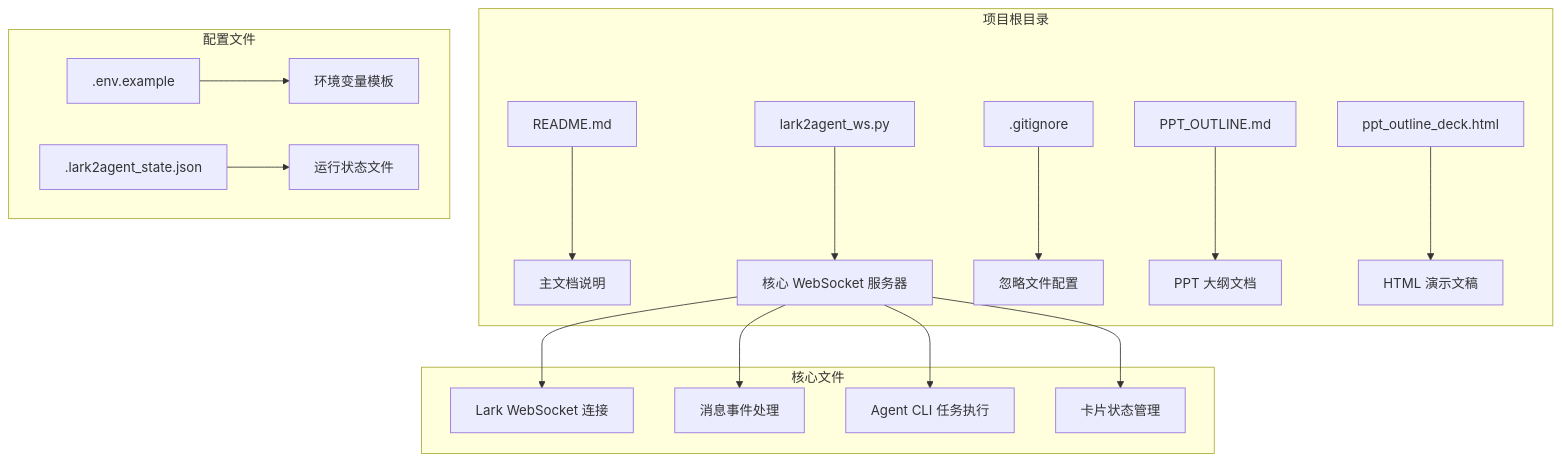
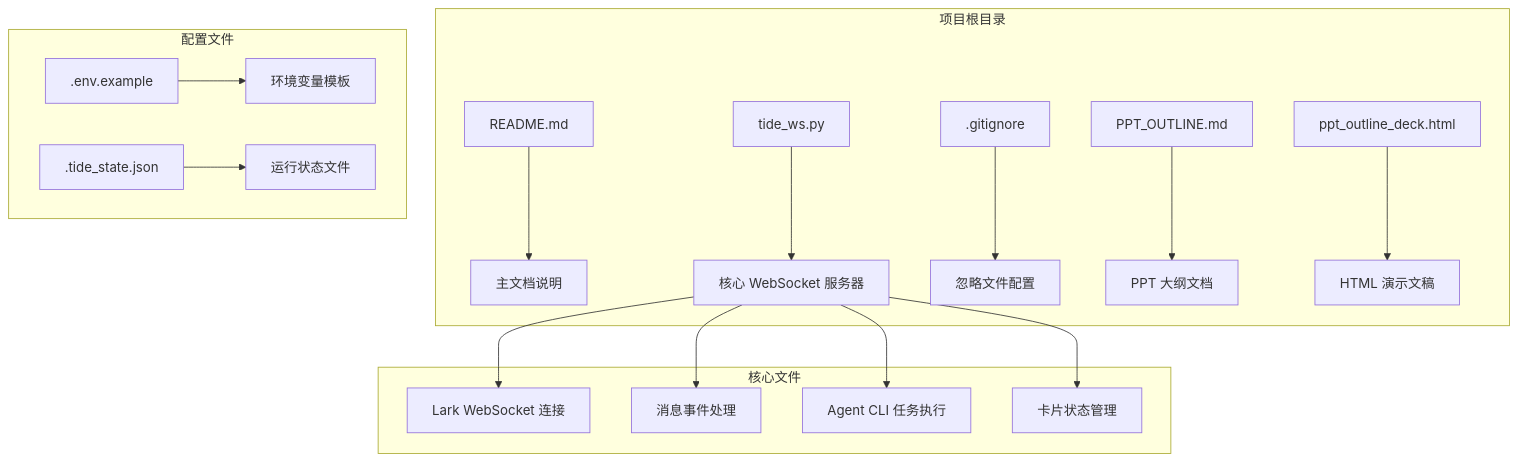
Before and after one commit to winditer/tide: the first of 8 diagrams in .qoder/repowiki/zh/content/快速开始.md, drawn with Mermaid. The commit also changed other lines of this file and 260 other files, not shown here.

````diff
--- a/.qoder/repowiki/zh/content/快速开始.md
+++ b/.qoder/repowiki/zh/content/快速开始.md
@@ -35,20 +35,20 @@
 ```mermaid
 graph TB
 subgraph "项目根目录"
 A[README.md] --> B[主文档说明]
-C[lark2agent_ws.py] --> D[核心 WebSocket 服务器]
+C[tide_ws.py] --> D[核心 WebSocket 服务器]
 E[.gitignore] --> F[忽略文件配置]
 G[PPT_OUTLINE.md] --> H[PPT 大纲文档]
 I[ppt_outline_deck.html] --> J[HTML 演示文稿]
 end
 subgraph "核心文件"
 D --> K[Lark WebSocket 连接]
 D --> L[消息事件处理]
 D --> M[Agent CLI 任务执行]
 D --> N[卡片状态管理]
 end
 subgraph "配置文件"
 O[.env.example] --> P[环境变量模板]
-Q[.lark2agent_state.json] --> R[运行状态文件]
+Q[.tide_state.json] --> R[运行状态文件]
 end
 ```
````
